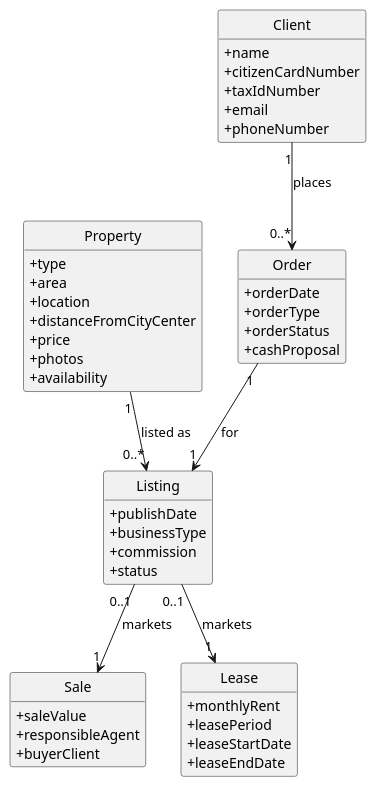
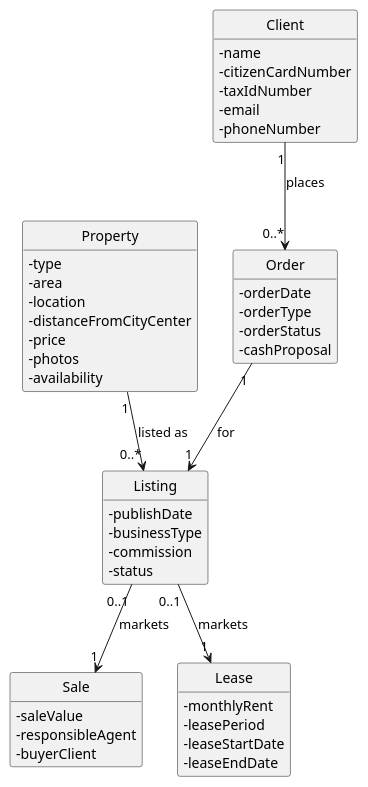
One commit to goncalomaia18/leti-esoft-24-25-A2 changed the diagram in docs/Sprint4/US32/US32-MD.puml. Above: the diagram before and after it, drawn with PlantUML. The commit also changed 4 other files, not shown here.

```diff
--- a/docs/Sprint4/US32/US32-MD.puml
+++ b/docs/Sprint4/US32/US32-MD.puml
@@ -1,52 +1,52 @@
 @startuml
 skinparam classAttributeIconSize 0
 hide circle
 hide methods
 class Property {
-    +type
-    +area
-    +location
-    +distanceFromCityCenter
-    +price
-    +photos
-    +availability
+    -type
+    -area
+    -location
+    -distanceFromCityCenter
+    -price
+    -photos
+    -availability
 }
 class Client {
-    +name
-    +citizenCardNumber
-    +taxIdNumber
-    +email
-    +phoneNumber
+    -name
+    -citizenCardNumber
+    -taxIdNumber
+    -email
+    -phoneNumber
 }
 
 class Sale {
-    +saleValue
-    +responsibleAgent
-    +buyerClient
+    -saleValue
+    -responsibleAgent
+    -buyerClient
 }
 
 class Lease {
-    +monthlyRent
-    +leasePeriod
-    +leaseStartDate
-    +leaseEndDate
+    -monthlyRent
+    -leasePeriod
+    -leaseStartDate
+    -leaseEndDate
 }
 class Listing {
-    +publishDate
-    +businessType
-    +commission
-    +status
+    -publishDate
+    -businessType
+    -commission
+    -status
 }
 class Order {
-    +orderDate
-    +orderType
-    +orderStatus
-    +cashProposal
+    -orderDate
+    -orderType
+    -orderStatus
+    -cashProposal
 }
 Property "1" --> "0..*" Listing : listed as
 
 Listing "0..1" --> "1" Sale : markets
 Listing "0..1" --> "1" Lease : markets
 Client "1" --> "0..*" Order : places
 Order "1" --> "1" Listing : for
 @enduml
```
